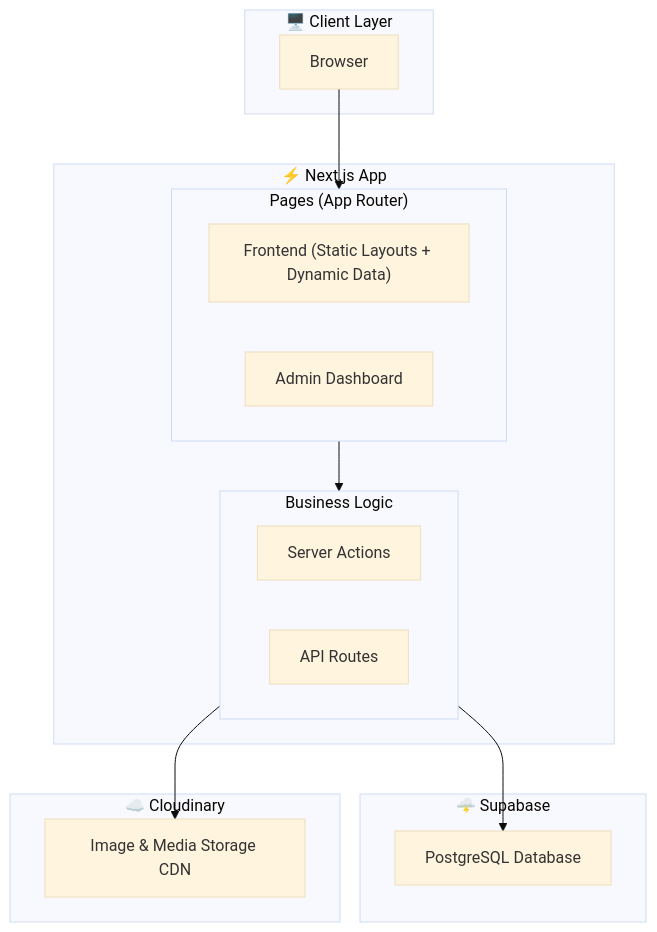
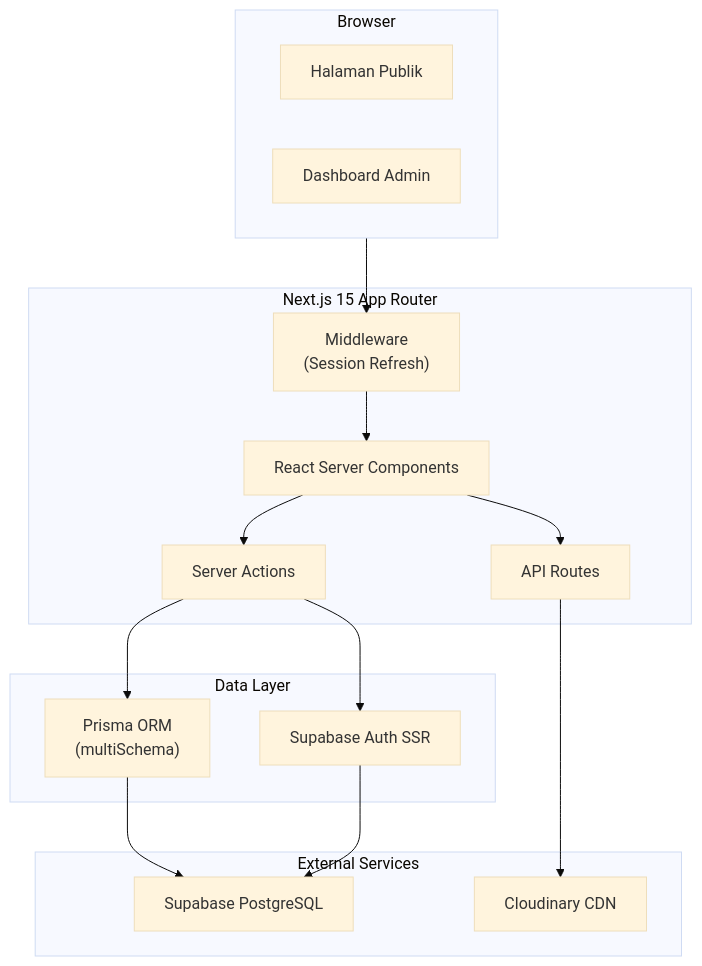
One commit to alchemista27/nextcms changed the first of 6 diagrams in docs/TDD.md. Above: the diagram before and after it, drawn with Mermaid (base theme). The commit also changed other lines of this file and 202 other files, not shown here.

Commit message:
docs: create PRD, TDD, db-schema, sync UI mockup colors with DESIGN.md, add index pages

````diff
--- a/docs/TDD.md
+++ b/docs/TDD.md
@@ -57,31 +18,33 @@
 ```mermaid
 graph TB
-    subgraph Client["🖥️ Client Layer"]
-        Browser["Browser"]
+    subgraph Client["Browser"]
+        PUB["Halaman Publik"]
+        ADMIN["Dashboard Admin"]
     end
 
-    subgraph NextJS["⚡ Next.js App"]
-        subgraph Pages["Pages (App Router)"]
-            PublicPages["Frontend (Static Layouts + Dynamic Data)"]
-            AdminDashboard["Admin Dashboard"]
-        end
-
-        subgraph Logic["Business Logic"]
-            ServerActions["Server Actions"]
-            APIRoutes["API Routes"]
-        end
+    subgraph NextJS["Next.js 15 App Router"]
+        MW["Middleware<br/>(Session Refresh)"]
+        RSC["React Server Components"]
+        SA["Server Actions"]
+        API["API Routes"]
     end
 
-    subgraph Supabase["🌩️ Supabase"]
-        PostgreSQL["PostgreSQL Database"]
-    end
-    
-    subgraph Cloudinary["☁️ Cloudinary"]
-        MediaStorage["Image & Media Storage CDN"]
+    subgraph Data["Data Layer"]
+        PRISMA["Prisma ORM<br/>(multiSchema)"]
+        SUPA_AUTH["Supabase Auth SSR"]
     end
 
-    Browser --> Pages
-    Pages --> Logic
-    Logic --> PostgreSQL
-    Logic --> MediaStorage
+    subgraph External["External Services"]
+        PG["Supabase PostgreSQL"]
+        CDN["Cloudinary CDN"]
+    end
+
+    Client --> MW --> RSC
+    RSC --> SA
+    RSC --> API
+    SA --> PRISMA
+    SA --> SUPA_AUTH
+    API --> CDN
+    PRISMA --> PG
+    SUPA_AUTH --> PG
 ```
````
